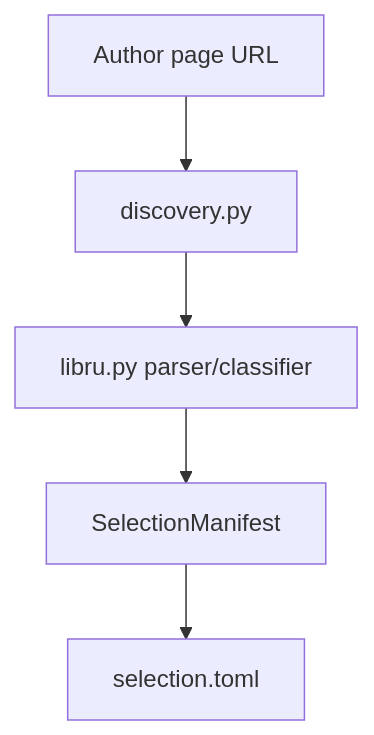
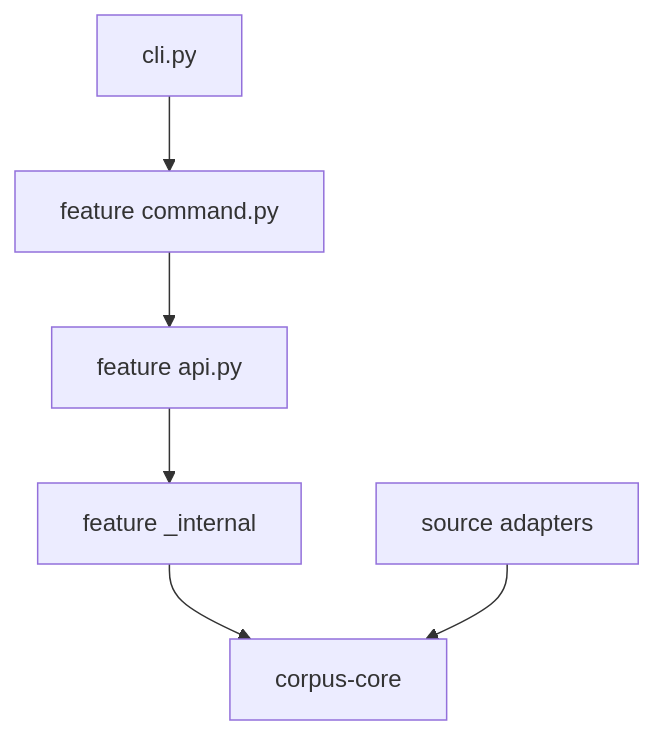
One commit to folk21/sibyl changed the second of 5 diagrams in corpus-builder/IMPLEMENTATION.md. Above: the diagram before and after it, drawn with Mermaid. The commit also changed other lines of this file and 118 other files, not shown here.

````diff
--- a/corpus-builder/IMPLEMENTATION.md
+++ b/corpus-builder/IMPLEMENTATION.md
@@ -23,7 +36,8 @@
 ```mermaid
 flowchart TD
-    U[Author page URL] --> D[discovery.py]
-    D --> L[libru.py parser/classifier]
-    L --> S[SelectionManifest]
-    S --> T[selection.toml]
+    CLI[cli.py] --> CMD[feature command.py]
+    CMD --> API[feature api.py]
+    API --> INT[feature _internal]
+    INT --> CORE[corpus-core]
+    ADP[source adapters] --> CORE
 ```
````
